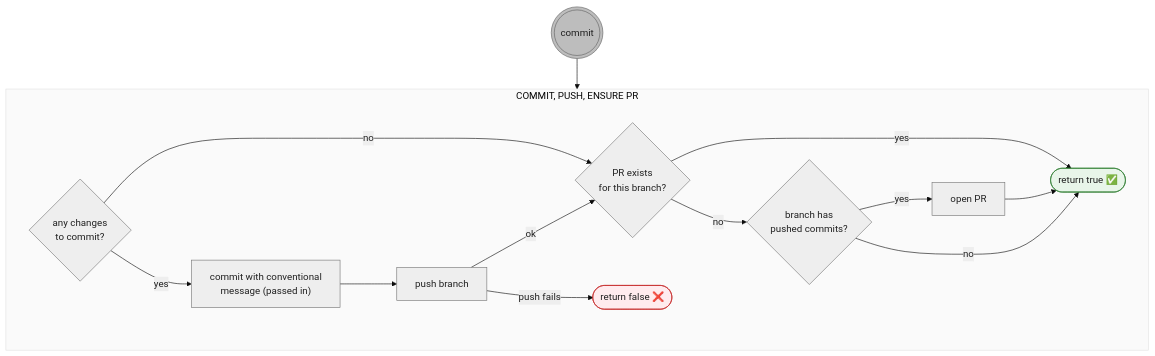
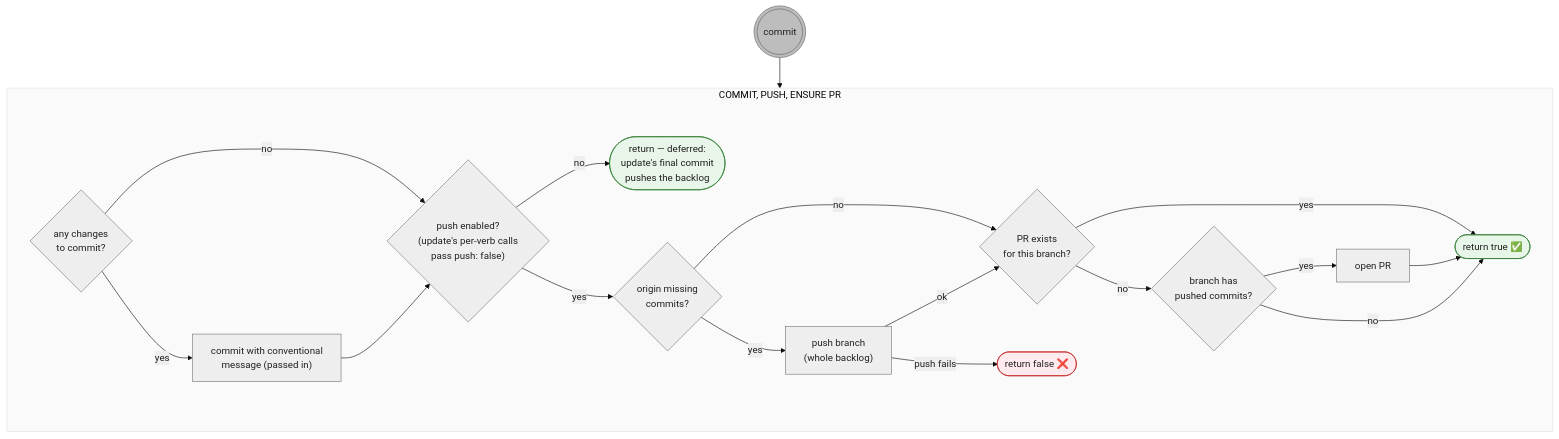
One commit to timschoch/skilly changed the diagram in docs/commit.mmd. Above: the diagram before and after it, drawn with Mermaid.

Commit message:
docs(commit): align commit.mmd with deferred push (#17)
commit() gained push:false (update defers to one final push) and pushes
the whole backlog whenever origin is behind, not only after a commit.

Claude-Session: https://claude.ai/code/session_01RQ2aoFXNtEpW9JV86Xo9vE

```diff
--- a/docs/commit.mmd
+++ b/docs/commit.mmd
@@ -1,47 +1,56 @@
 ---
 config:
   theme: base
   themeVariables:
     primaryColor: "#eeeeee"
     primaryBorderColor: "#757575"
     primaryTextColor: "#212121"
     clusterBkg: "#fafafa"
     clusterBorder: "#e0e0e0"
 ---
 flowchart TD
     %% shapes: ((( ))) entry point · [/ \] user action (blue) · [ ] script action (gray) · { } decision (amber) · ([ ]) state (green)
 
     ENTER-CM((("commit"))) --> CM
     subgraph CM["COMMIT, PUSH, ENSURE PR"]
         CMQ1{"any changes<br>to commit?"}
-            CMQ1 -->|no| CMQ2
+            CMQ1 -->|no| CMQ-PUSH
             CMQ1 -->|yes| CM-COMMIT
 
-        CM-COMMIT["commit with conventional<br>message (passed in)"] --> CM-PUSH
-        CM-PUSH["push branch"]
+        CM-COMMIT["commit with conventional<br>message (passed in)"] --> CMQ-PUSH
+
+        CMQ-PUSH{"push enabled?<br>(update's per-verb calls<br>pass push: false)"}
+            CMQ-PUSH -->|no| CM-DEFER(["return — deferred:<br>update's final commit<br>pushes the backlog"])
+            CMQ-PUSH -->|yes| CMQ-AHEAD
+
+        CMQ-AHEAD{"origin missing<br>commits?"}
+            CMQ-AHEAD -->|no| CMQ2
+            CMQ-AHEAD -->|yes| CM-PUSH
+
+        CM-PUSH["push branch<br>(whole backlog)"]
             CM-PUSH -->|ok| CMQ2
             CM-PUSH -->|push fails| CM-FALSE
 
             CMQ2{"PR exists<br>for this branch?"}
                 CMQ2 -->|yes| CM-TRUE
                 CMQ2 -->|no| CMQ3
 
             CMQ3{"branch has<br>pushed commits?"}
                 CMQ3 -->|yes| CM-OPEN["open PR"] --> CM-TRUE
                 CMQ3 -->|no| CM-TRUE
 
         CM-TRUE(["return true ✅"])
         CM-FALSE(["return false ❌"])
     end
 
 
     %% all checks are script checks -> default gray, not amber
 
     classDef entry fill:#bdbdbd,stroke:#616161
     class ENTER-CM entry
 
     classDef ok fill:#e8f5e9,stroke:#2e7d32
-    class CM-TRUE ok
+    class CM-TRUE,CM-DEFER ok
 
     classDef fail fill:#ffebee,stroke:#c62828
     class CM-FALSE fail
```
